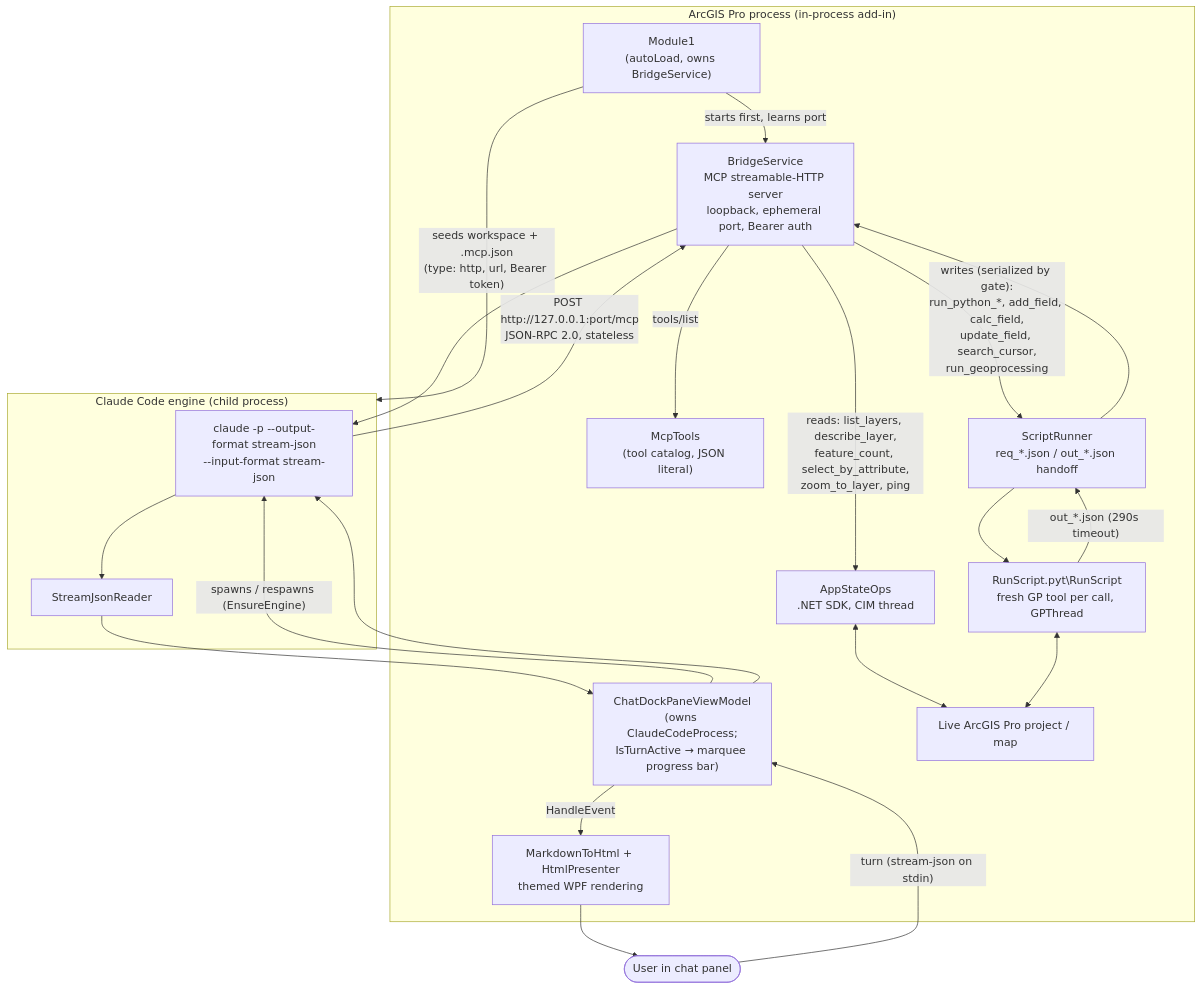
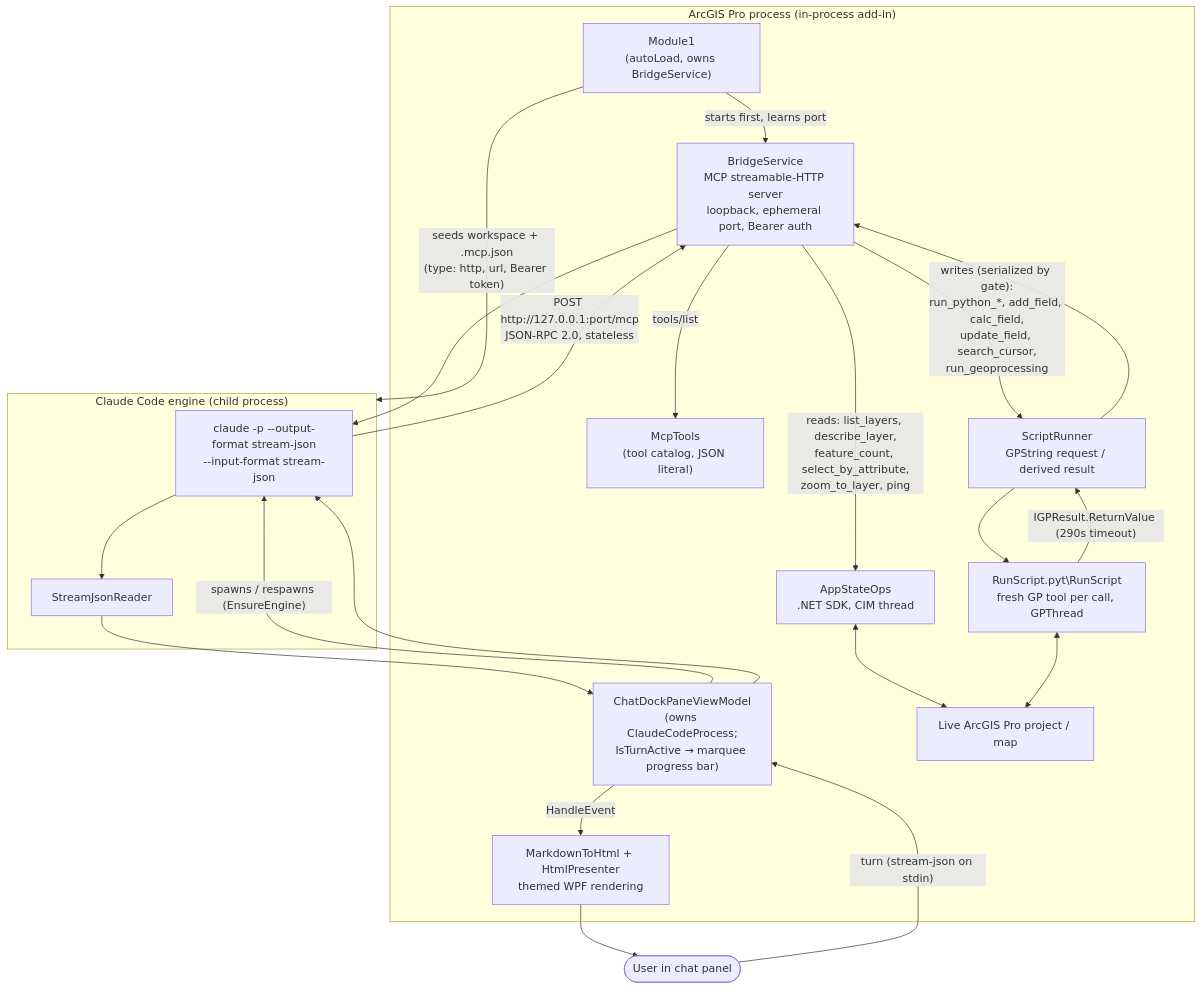
Before and after one commit to mraad/ProCowork: the first of 2 diagrams in DIAGRAM.md, drawn with Mermaid. The commit also changed other lines of this file and 8 other files, not shown here.

First line of the commit message:
Replace IPC file spool with GPString handoff in the bridge (#8)

````diff
--- a/DIAGRAM.md
+++ b/DIAGRAM.md
@@ -8,38 +8,38 @@
 ```mermaid
 flowchart TB
     subgraph ProProcess["ArcGIS Pro process (in-process add-in)"]
         Module1["Module1<br/>(autoLoad, owns BridgeService)"]
         DockPane["ChatDockPaneViewModel<br/>(owns ClaudeCodeProcess;<br/>IsTurnActive → marquee progress bar)"]
         BridgeService["BridgeService<br/>MCP streamable-HTTP server<br/>loopback, ephemeral port, Bearer auth"]
         McpTools["McpTools<br/>(tool catalog, JSON literal)"]
         AppStateOps["AppStateOps<br/>.NET SDK, CIM thread"]
-        ScriptRunner["ScriptRunner<br/>req_*.json / out_*.json handoff"]
+        ScriptRunner["ScriptRunner<br/>GPString request / derived result"]
         RunScriptPyt["RunScript.pyt\RunScript<br/>fresh GP tool per call, GPThread"]
         HtmlPresenter["MarkdownToHtml + HtmlPresenter<br/>themed WPF rendering"]
         LiveMap["Live ArcGIS Pro project / map"]
     end
 
     subgraph EngineProcess["Claude Code engine (child process)"]
         ClaudeCodeProcess["claude -p --output-format stream-json<br/>--input-format stream-json"]
         StreamJsonReader["StreamJsonReader"]
     end
 
     User(["User in chat panel"])
 
     Module1 -- "starts first, learns port" --> BridgeService
     Module1 -- "seeds workspace + .mcp.json<br/>(type: http, url, Bearer token)" --> EngineProcess
     DockPane -- "spawns / respawns (EnsureEngine)" --> ClaudeCodeProcess
     User -- "turn (stream-json on stdin)" --> DockPane --> ClaudeCodeProcess
     ClaudeCodeProcess --> StreamJsonReader --> DockPane
     DockPane -- "HandleEvent" --> HtmlPresenter --> User
 
     ClaudeCodeProcess -- "POST http://127.0.0.1:port/mcp<br/>JSON-RPC 2.0, stateless" --> BridgeService
     BridgeService -- "tools/list" --> McpTools
 
     BridgeService -- "reads: list_layers, describe_layer,<br/>feature_count, select_by_attribute,<br/>zoom_to_layer, ping" --> AppStateOps
     BridgeService -- "writes (serialized by gate):<br/>run_python_*, add_field, calc_field,<br/>update_field, search_cursor,<br/>run_geoprocessing" --> ScriptRunner
     ScriptRunner --> RunScriptPyt
     AppStateOps <--> LiveMap
     RunScriptPyt <--> LiveMap
-    RunScriptPyt -- "out_*.json (290s timeout)" --> ScriptRunner --> BridgeService --> ClaudeCodeProcess
+    RunScriptPyt -- "IGPResult.ReturnValue (290s timeout)" --> ScriptRunner --> BridgeService --> ClaudeCodeProcess
 ```
````
